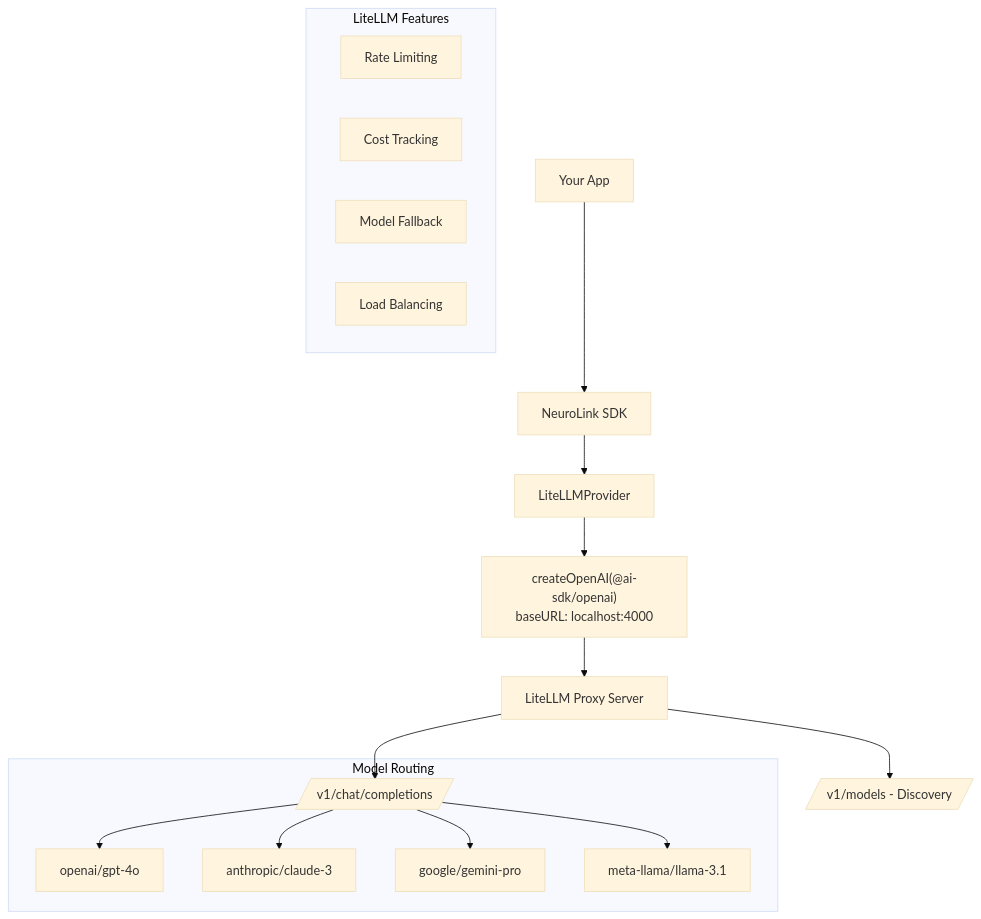
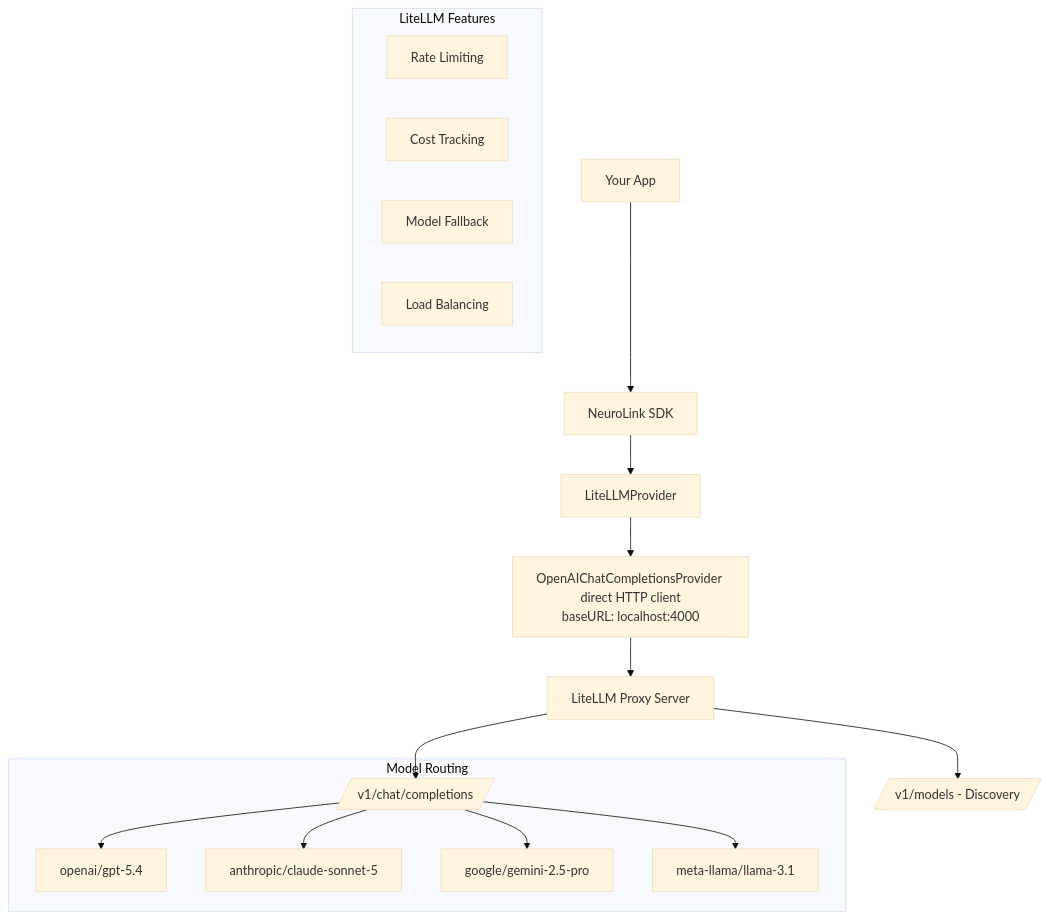
One commit to juspay/neurolink-blog changed the second of 2 diagrams in _posts/2025-07-15-litellm-unified-routing.md. Above: the diagram before and after it, drawn with Mermaid (base theme). The commit also changed other lines of this file and 172 other files, not shown here.

````diff
--- a/_posts/2025-07-15-litellm-unified-routing.md
+++ b/_posts/2025-07-15-litellm-unified-routing.md
@@ -287,24 +287,24 @@
 ```mermaid
 flowchart TB
     A[Your App] --> B[NeuroLink SDK]
     B --> C[LiteLLMProvider]
-    C --> D["createOpenAI(@ai-sdk/openai)<br/>baseURL: localhost:4000"]
+    C --> D["OpenAIChatCompletionsProvider direct HTTP client<br/>baseURL: localhost:4000"]
     D --> E[LiteLLM Proxy Server]
 
     E --> F[/v1/models - Discovery/]
     E --> G[/v1/chat/completions/]
 
     subgraph "Model Routing"
-        G --> H[openai/gpt-4o]
-        G --> I[anthropic/claude-3]
-        G --> J[google/gemini-pro]
+        G --> H[openai/gpt-5.4]
+        G --> I[anthropic/claude-sonnet-5]
+        G --> J[google/gemini-2.5-pro]
         G --> K[meta-llama/llama-3.1]
     end
 
     subgraph "LiteLLM Features"
         L[Rate Limiting]
         M[Cost Tracking]
         N[Model Fallback]
         O[Load Balancing]
     end
 ```
````
